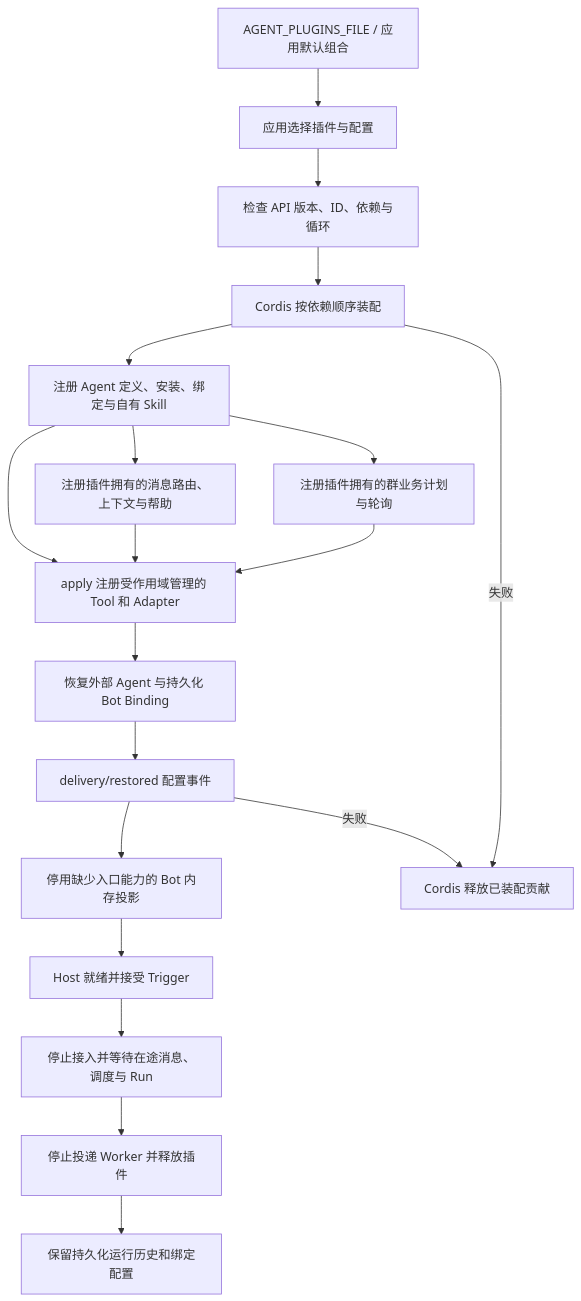
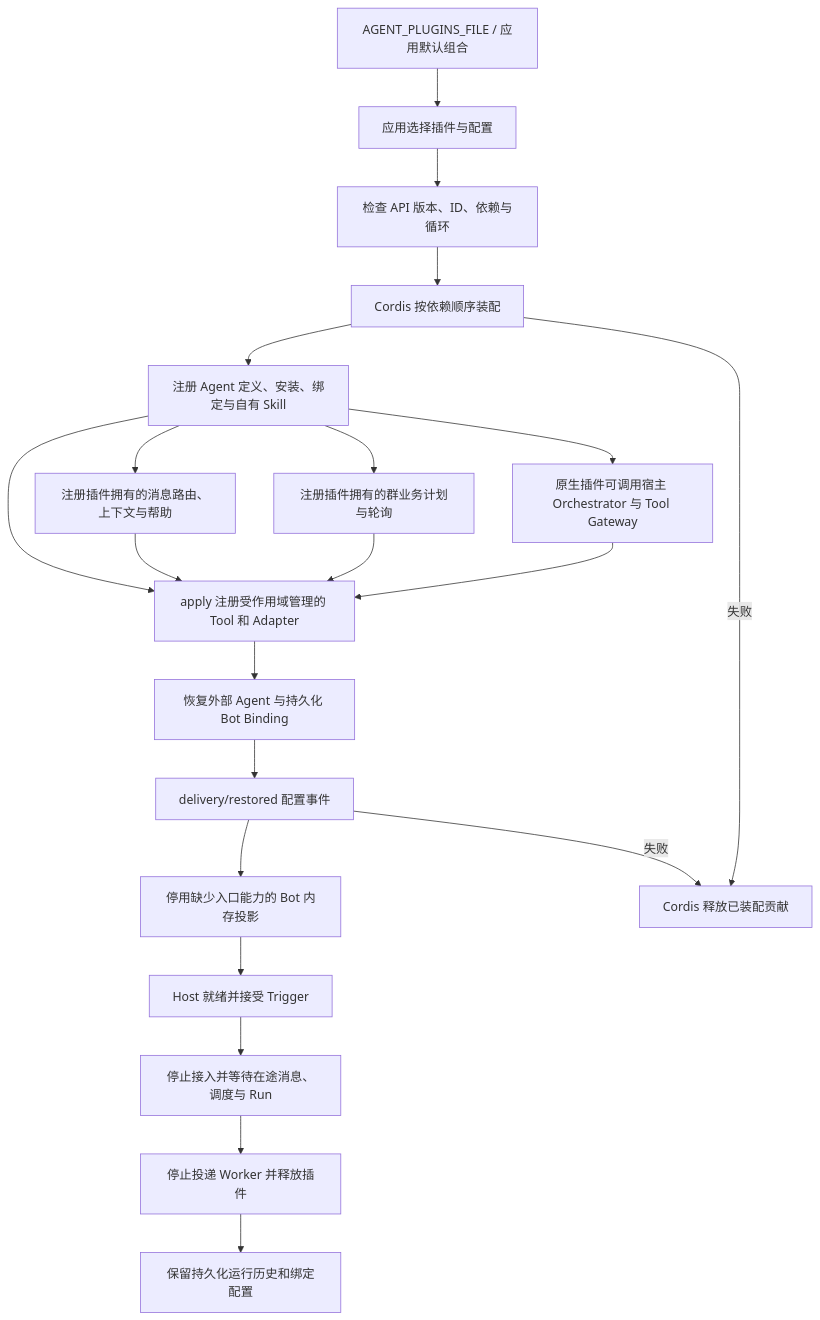
The diagram in backend/src/platform/plugins/FEATURE.md (KlayPeter/AI-Delivery-Ops-Agent), drawn with Mermaid before and after one commit. The commit also changed other lines of this file and 26 other files, not shown here.

````diff
--- a/backend/src/platform/plugins/FEATURE.md
+++ b/backend/src/platform/plugins/FEATURE.md
@@ -21,21 +21,23 @@
 ```mermaid
 flowchart TD
     Y[AGENT_PLUGINS_FILE / 应用默认组合] --> A[应用选择插件与配置]
     A --> B[检查 API 版本、ID、依赖与循环]
     B --> C[Cordis 按依赖顺序装配]
     C --> D[注册 Agent 定义、安装、绑定与自有 Skill]
     D --> E[apply 注册受作用域管理的 Tool 和 Adapter]
     D --> MR[注册插件拥有的消息路由、上下文与帮助]
     MR --> E
     D --> SJ[注册插件拥有的群业务计划与轮询]
     SJ --> E
+    D --> NS[原生插件可调用宿主 Orchestrator 与 Tool Gateway]
+    NS --> E
     E --> F[恢复外部 Agent 与持久化 Bot Binding]
     F --> G[delivery/restored 配置事件]
     G --> H[停用缺少入口能力的 Bot 内存投影]
     H --> I[Host 就绪并接受 Trigger]
     C -- 失败 --> X[Cordis 释放已装配贡献]
     G -- 失败 --> X
     I --> J[停止接入并等待在途消息、调度与 Run]
     J --> K[停止投递 Worker 并释放插件]
     K --> L[保留持久化运行历史和绑定配置]
 ```
````
